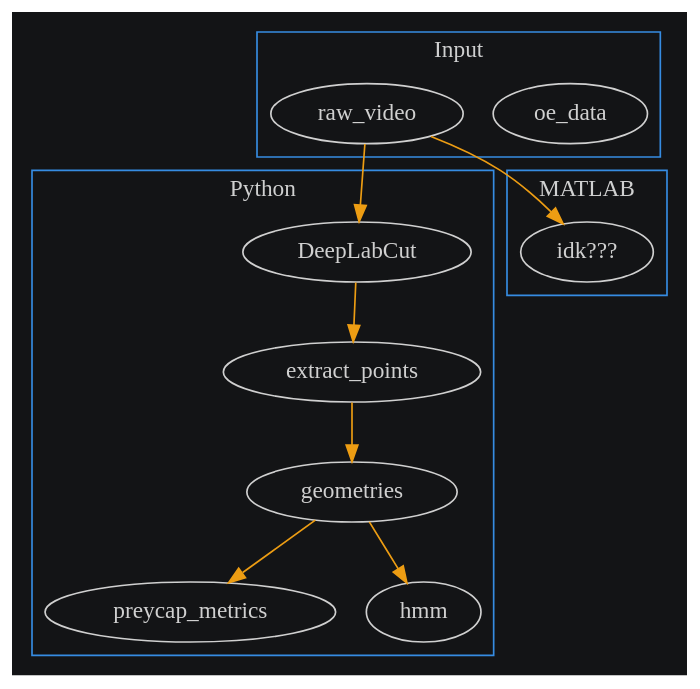
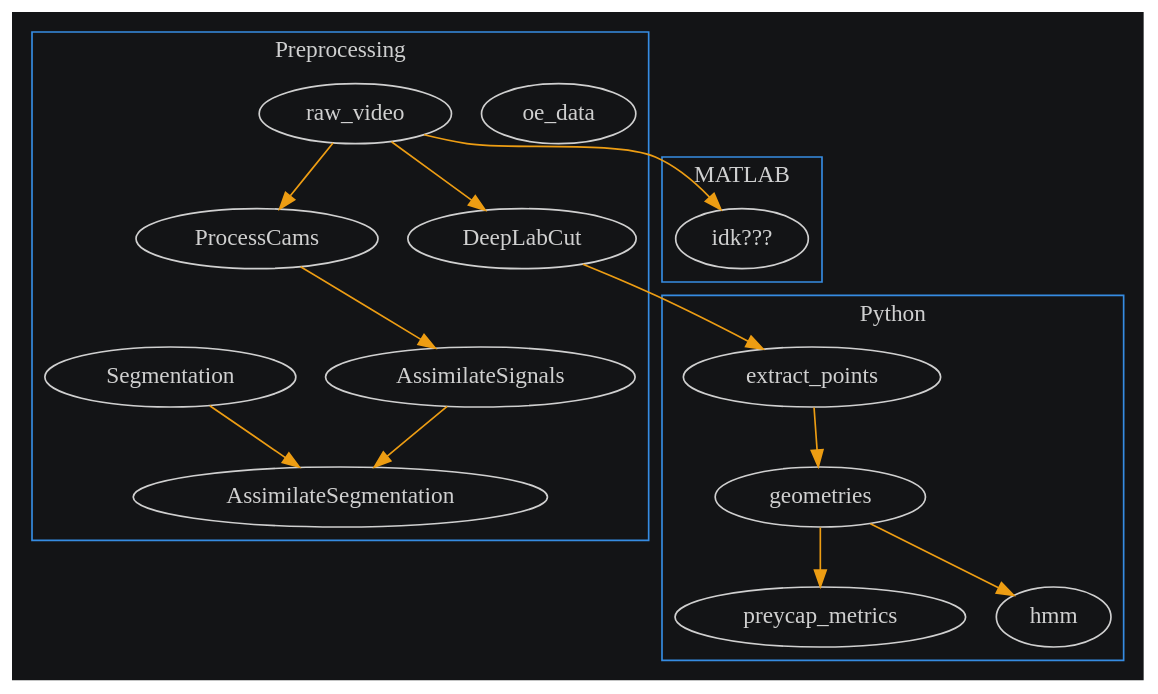
Before and after one commit to wehr-lab/labtools: the diagram in docs/projects/preycapture/analysis/index.md, drawn with Graphviz.

Commit message:
updating preprocessing steps in graph

````diff
--- a/docs/projects/preycapture/analysis/index.md
+++ b/docs/projects/preycapture/analysis/index.md
@@ -3,39 +3,52 @@
 ```{graphviz}
 digraph {
   bgcolor="#131416"
   fontcolor="#ffffffcc"
   color="#368ce2"
   node [color="#d0d0d0", fontcolor="#d0d0d0"]
   edge [color="#ed9d13"]
-  
+
   subgraph cluster_input {
       label = "Input"
       oe_data
       raw_video
   }
-  
+
+  subgraph cluster_input {
+      label = "Preprocessing"
+      dlc_python[label="DeepLabCut"]
+      ProcessCams
+      AssimilateSignals
+      Segmentation
+      AssimilateSegmentation
+  }
+
   subgraph cluster_python {
       label="Python"
-      dlc_python[label="DeepLabCut"]
       extract_points
       geometries
       preycap_metrics
       hmm
   }
-  
+
   subgraph cluster_matlab {
       label="MATLAB"
       idk[label="idk???"]
-      
+
   }
 
   raw_video -> dlc_python
+  raw_video -> ProcessCams
+  ProcessCams -> AssimilateSignals
+  Segmentation -> AssimilateSegmentation
+  AssimilateSignals -> AssimilateSegmentation
+
   dlc_python -> extract_points
   extract_points -> geometries
   geometries -> preycap_metrics
   geometries -> hmm
-  
+
   raw_video -> idk
-  
+
 }
 ```
````
